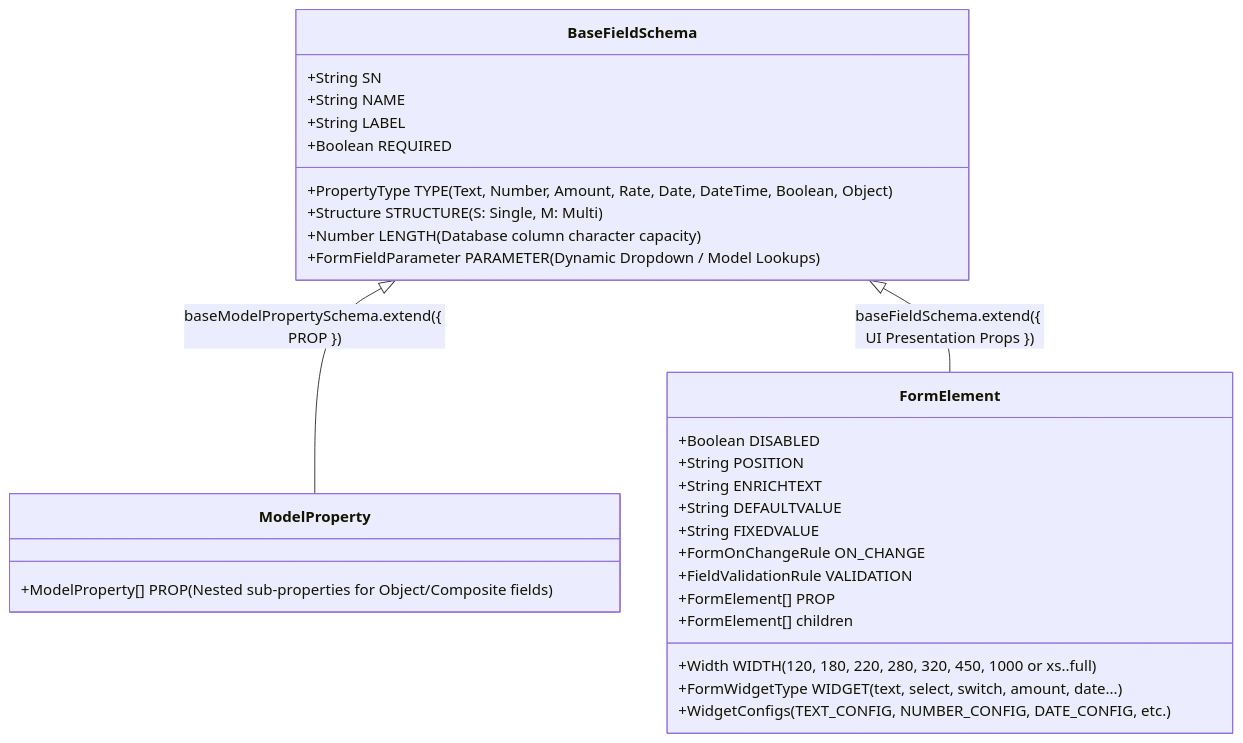
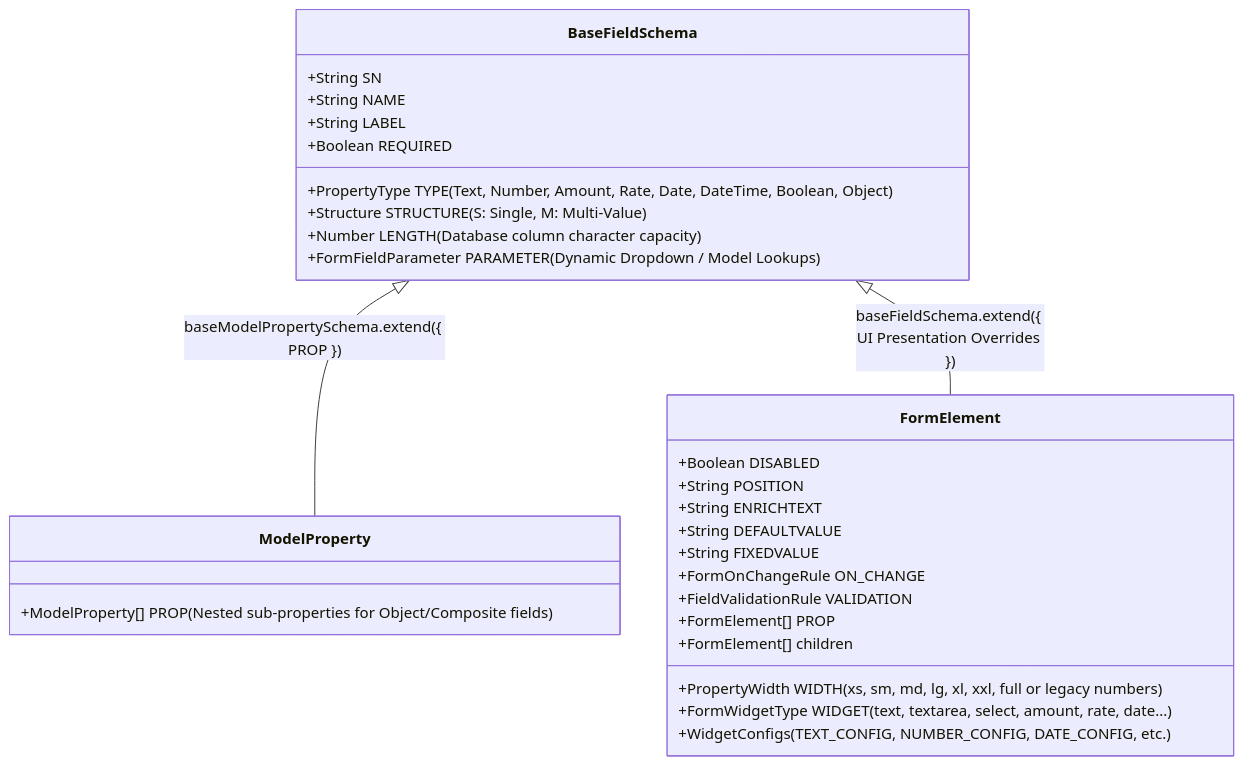
Before and after one commit to HadiuzzamanBappy/janata-cbs: the second of 4 diagrams in docs/devs/FORM_ENGINE_GUIDE.md, drawn with Mermaid. The commit also changed other lines of this file and 34 other files, not shown here.

````diff
--- a/docs/devs/FORM_ENGINE_GUIDE.md
+++ b/docs/devs/FORM_ENGINE_GUIDE.md
@@ -25,35 +32,35 @@
 ```mermaid
 classDiagram
     class BaseFieldSchema {
         +String SN
         +String NAME
         +String LABEL
         +PropertyType TYPE (Text, Number, Amount, Rate, Date, DateTime, Boolean, Object)
-        +Structure STRUCTURE (S: Single, M: Multi)
+        +Structure STRUCTURE (S: Single, M: Multi-Value)
         +Number LENGTH (Database column character capacity)
         +Boolean REQUIRED
         +FormFieldParameter PARAMETER (Dynamic Dropdown / Model Lookups)
     }
 
     class ModelProperty {
         +ModelProperty[] PROP (Nested sub-properties for Object/Composite fields)
     }
 
     class FormElement {
-        +Width WIDTH (120, 180, 220, 280, 320, 450, 1000 or xs..full)
+        +PropertyWidth WIDTH (xs, sm, md, lg, xl, xxl, full or legacy numbers)
         +Boolean DISABLED
         +String POSITION
         +String ENRICHTEXT
         +String DEFAULTVALUE
         +String FIXEDVALUE
-        +FormWidgetType WIDGET (text, select, switch, amount, date...)
+        +FormWidgetType WIDGET (text, textarea, select, amount, rate, date...)
         +WidgetConfigs (TEXT_CONFIG, NUMBER_CONFIG, DATE_CONFIG, etc.)
         +FormOnChangeRule ON_CHANGE
         +FieldValidationRule VALIDATION
         +FormElement[] PROP
         +FormElement[] children
     }
 
     BaseFieldSchema <|-- ModelProperty : baseModelPropertySchema.extend({ PROP })
-    BaseFieldSchema <|-- FormElement : baseFieldSchema.extend({ UI Presentation Props })
+    BaseFieldSchema <|-- FormElement : baseFieldSchema.extend({ UI Presentation Overrides })
 ```
````
